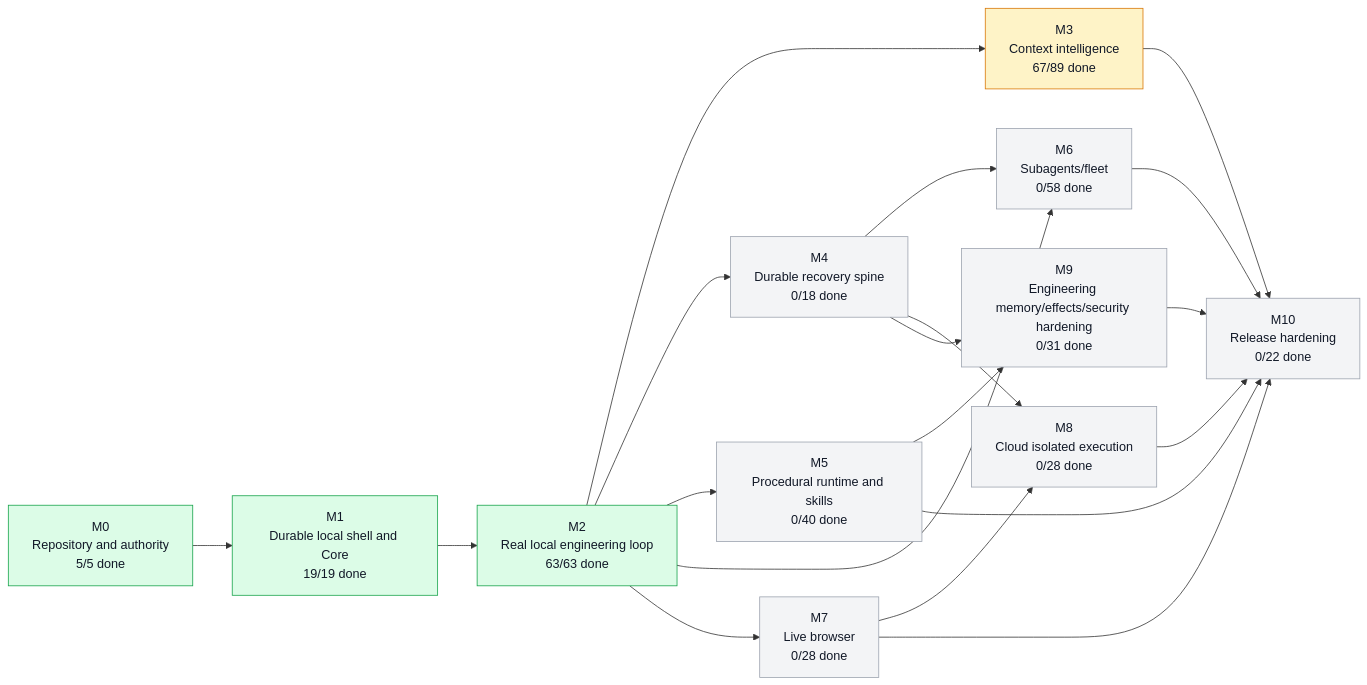
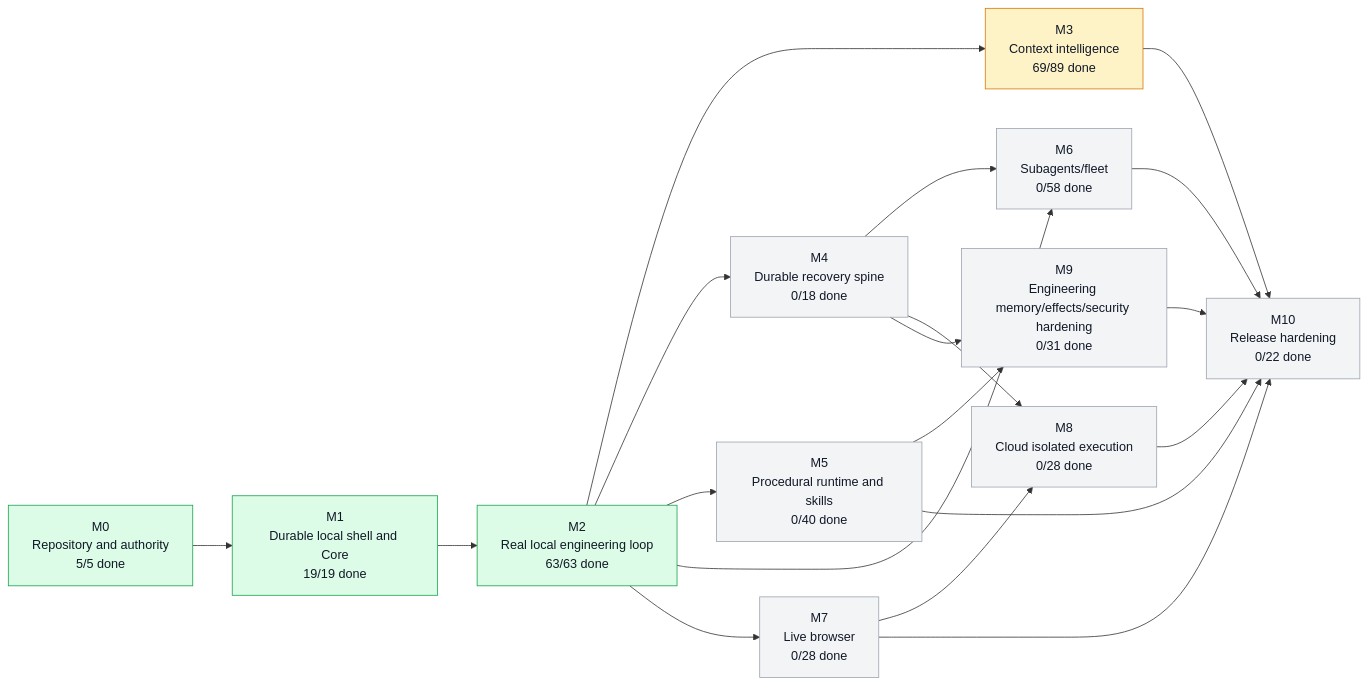
The first of 5 diagrams in graph/PROJECT_GRAPH.md (moss101/modbit), drawn with Mermaid before and after one commit. The commit also changed other lines of this file and 33 other files, not shown here.

````diff
--- a/graph/PROJECT_GRAPH.md
+++ b/graph/PROJECT_GRAPH.md
@@ -57,43 +57,43 @@
 ```mermaid
 flowchart LR
   M0["M0<br/>Repository and authority<br/>5/5 done"]
   M1["M1<br/>Durable local shell and Core<br/>19/19 done"]
   M2["M2<br/>Real local engineering loop<br/>63/63 done"]
-  M3["M3<br/>Context intelligence<br/>67/89 done"]
+  M3["M3<br/>Context intelligence<br/>69/89 done"]
   M4["M4<br/>Durable recovery spine<br/>0/18 done"]
   M5["M5<br/>Procedural runtime and skills<br/>0/40 done"]
   M6["M6<br/>Subagents/fleet<br/>0/58 done"]
   M7["M7<br/>Live browser<br/>0/28 done"]
   M8["M8<br/>Cloud isolated execution<br/>0/28 done"]
   M9["M9<br/>Engineering memory/effects/security hardening<br/>0/31 done"]
   M10["M10<br/>Release hardening<br/>0/22 done"]
   M0 --> M1
   M1 --> M2
   M2 --> M3
   M2 --> M4
   M2 --> M5
   M2 --> M6
   M4 --> M6
   M2 --> M7
   M4 --> M8
   M7 --> M8
   M4 --> M9
   M5 --> M9
   M3 --> M10
   M5 --> M10
   M6 --> M10
   M7 --> M10
   M8 --> M10
   M9 --> M10
   style M0 fill:#dcfce7,stroke:#16a34a,color:#111827
   style M1 fill:#dcfce7,stroke:#16a34a,color:#111827
   style M2 fill:#dcfce7,stroke:#16a34a,color:#111827
   style M3 fill:#fef3c7,stroke:#d97706,color:#111827
   style M4 fill:#f3f4f6,stroke:#9ca3af,color:#111827
   style M5 fill:#f3f4f6,stroke:#9ca3af,color:#111827
   style M6 fill:#f3f4f6,stroke:#9ca3af,color:#111827
   style M7 fill:#f3f4f6,stroke:#9ca3af,color:#111827
   style M8 fill:#f3f4f6,stroke:#9ca3af,color:#111827
   style M9 fill:#f3f4f6,stroke:#9ca3af,color:#111827
   style M10 fill:#f3f4f6,stroke:#9ca3af,color:#111827
 ```
````
